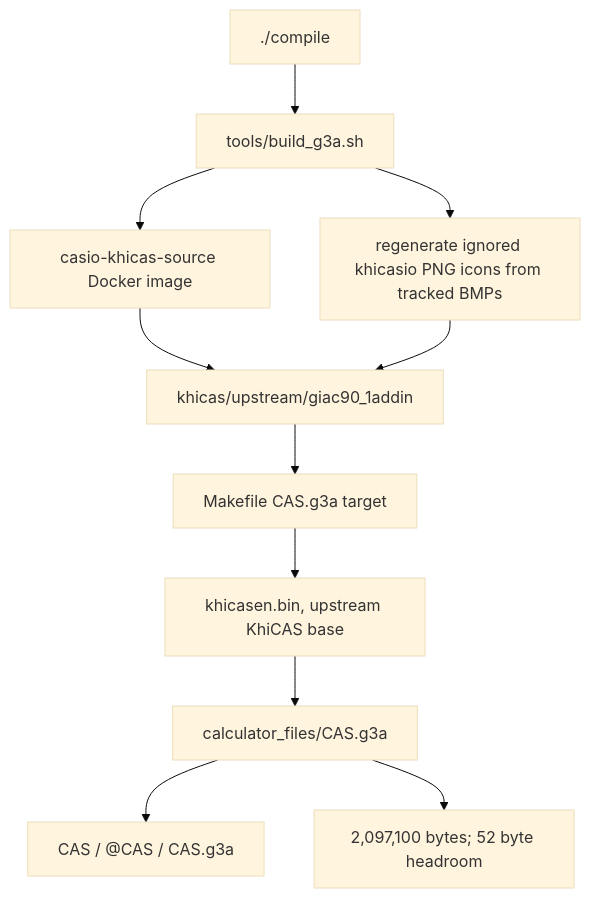
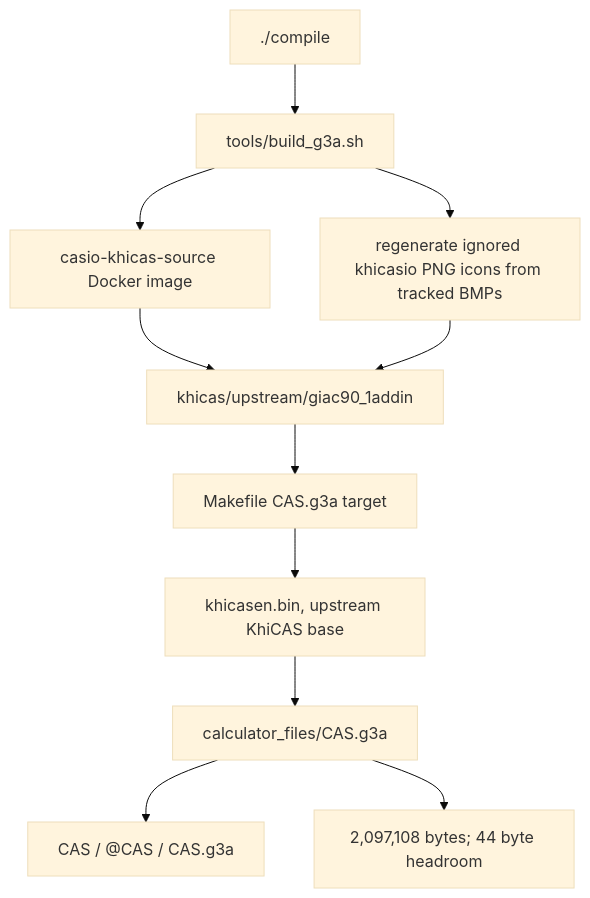
One commit to james8464/notes-addin-casio-fx-cg50 changed the first of 6 diagrams in docs/GRAPH.md. Above: the diagram before and after it, drawn with Mermaid (base theme). The commit also changed other lines of this file and 4 other files, not shown here.

````diff
--- a/docs/GRAPH.md
+++ b/docs/GRAPH.md
@@ -7,13 +7,13 @@
 ```mermaid
 graph TD
   Compile["./compile"] --> Build["tools/build_g3a.sh"]
   Build --> Docker["casio-khicas-source Docker image"]
   Docker --> Src["khicas/upstream/giac90_1addin"]
   Build --> Icons["regenerate ignored khicasio PNG icons from tracked BMPs"]
   Icons --> Src
   Src --> Make["Makefile CAS.g3a target"]
   Make --> Bin["khicasen.bin, upstream KhiCAS base"]
   Bin --> G3A["calculator_files/CAS.g3a"]
   G3A --> Meta["CAS / @CAS / CAS.g3a"]
-  G3A --> Size["2,097,100 bytes; 52 byte headroom"]
+  G3A --> Size["2,097,108 bytes; 44 byte headroom"]
 ```
````
